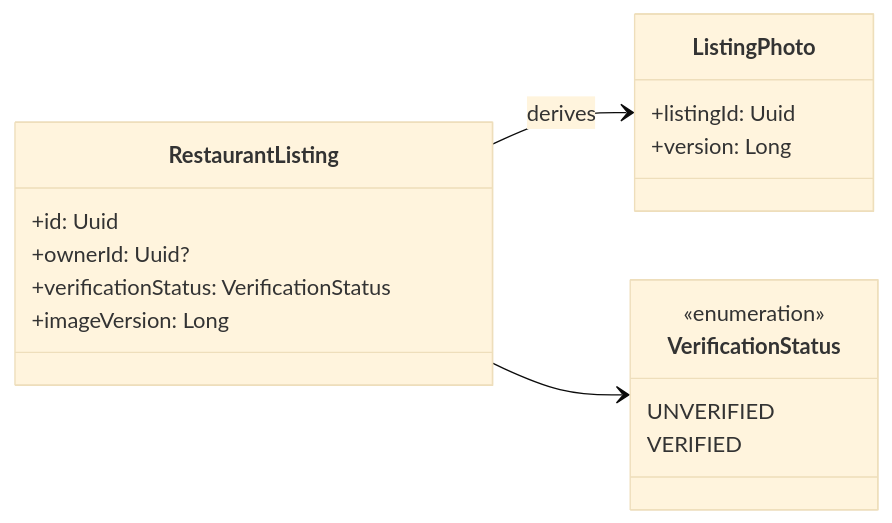
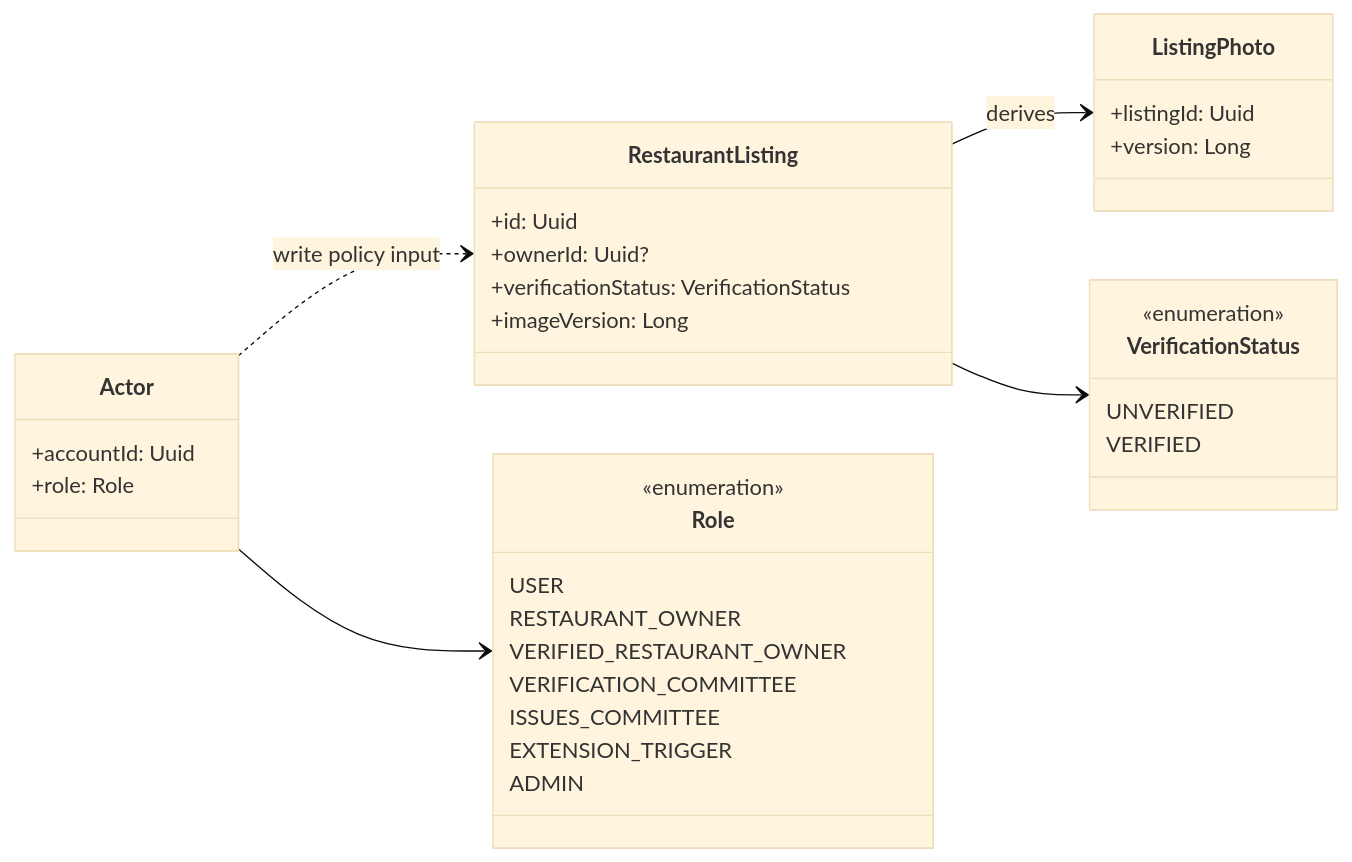
Before and after one commit to Losers-Lab/tahirs-list: the second of 5 diagrams in docs/features/SC-205/05-class-diagram-system.md, drawn with Mermaid (base theme). The commit also changed other lines of this file and 8 other files, not shown here.

````diff
--- a/docs/features/SC-205/05-class-diagram-system.md
+++ b/docs/features/SC-205/05-class-diagram-system.md
@@ -30,21 +30,37 @@
 ```mermaid
 classDiagram
   direction LR
   class RestaurantListing {
     +id: Uuid
     +ownerId: Uuid?
     +verificationStatus: VerificationStatus
     +imageVersion: Long
   }
   class ListingPhoto {
     +listingId: Uuid
     +version: Long
   }
   class VerificationStatus {
     <<enumeration>>
     UNVERIFIED
     VERIFIED
   }
+  class Actor {
+    +accountId: Uuid
+    +role: Role
+  }
+  class Role {
+    <<enumeration>>
+    USER
+    RESTAURANT_OWNER
+    VERIFIED_RESTAURANT_OWNER
+    VERIFICATION_COMMITTEE
+    ISSUES_COMMITTEE
+    EXTENSION_TRIGGER
+    ADMIN
+  }
   RestaurantListing --> ListingPhoto : derives
   RestaurantListing --> VerificationStatus
+  Actor --> Role
+  Actor ..> RestaurantListing : write policy input
 ```
````
